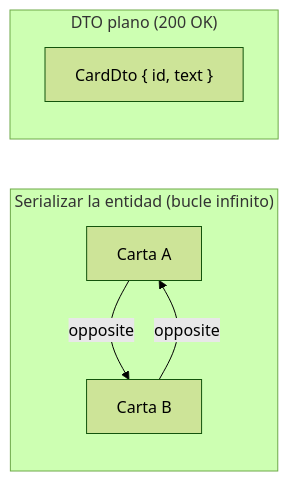
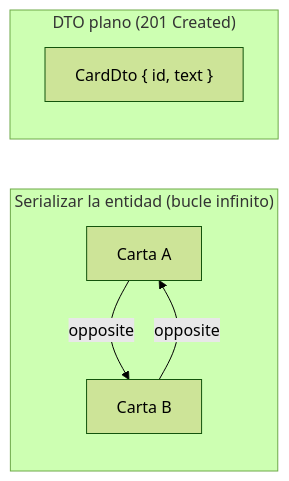
One commit to BryanDZV/PhrasalVerb_Backend changed the second of 3 diagrams in README.md. Above: the diagram before and after it, drawn with Mermaid (forest theme). The commit also changed other lines of this file, not shown here.

````diff
--- a/README.md
+++ b/README.md
@@ -183,11 +192,11 @@
 ```mermaid
 flowchart LR
     subgraph Reflexivo ["Serializar la entidad (bucle infinito)"]
         A1["Carta A"] -->|opposite| B1["Carta B"]
         B1 -->|opposite| A1
     end
 
-    subgraph Plano ["DTO plano (200 OK)"]
+    subgraph Plano ["DTO plano (201 Created)"]
         A2["CardDto { id, text }"]
     end
 ```
````
